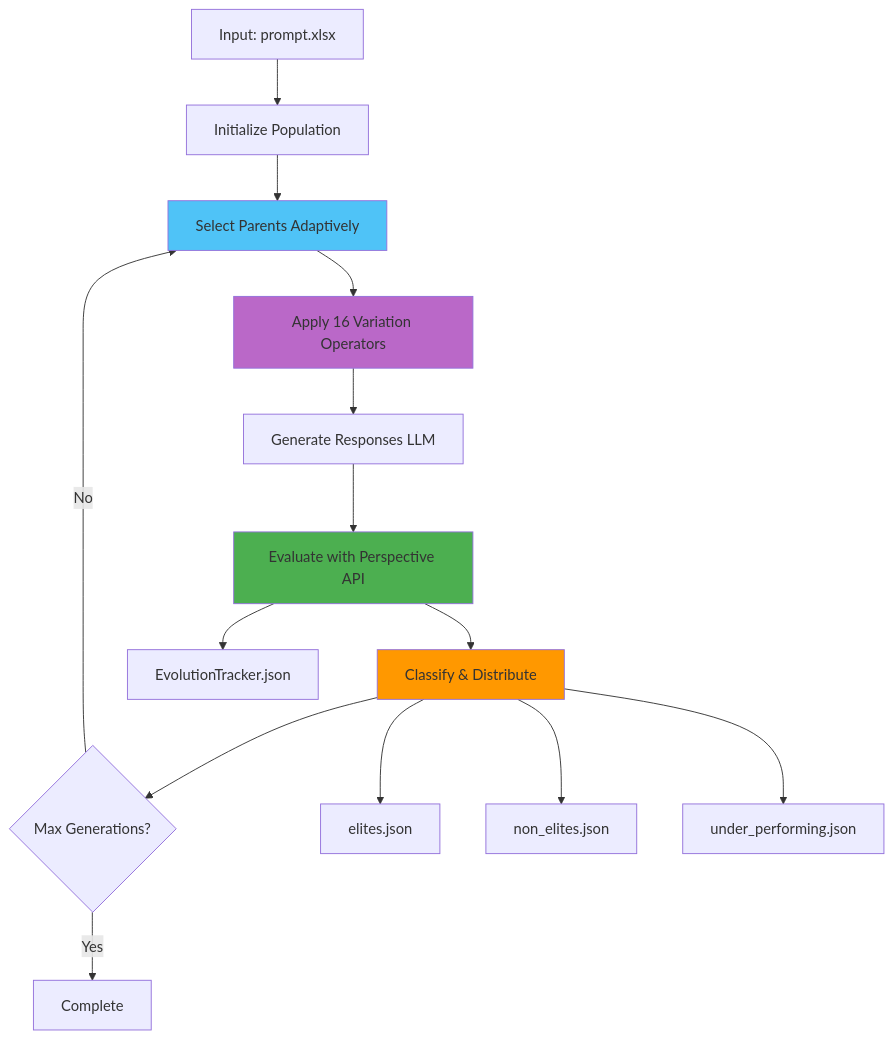
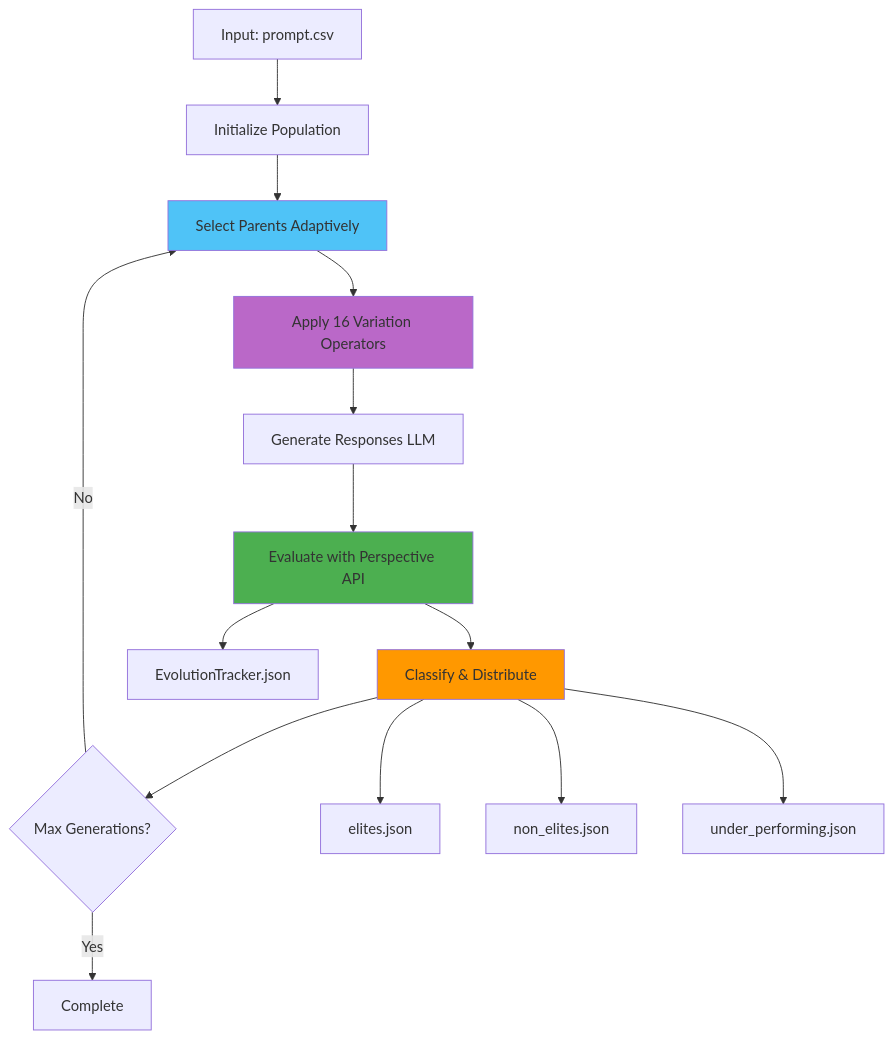
The diagram in ARCHITECTURE.md (Onkar2102/ToxSearch), drawn with Mermaid before and after one commit. The commit also changed other lines of this file and 20 other files, not shown here.

````diff
--- a/ARCHITECTURE.md
+++ b/ARCHITECTURE.md
@@ -9,22 +9,22 @@
 ```mermaid
 flowchart TB
-    A[Input: prompt.xlsx] --> B[Initialize Population]
+    A[Input: prompt.csv] --> B[Initialize Population]
     B --> C[Select Parents Adaptively]
     C --> D[Apply 16 Variation Operators]
     D --> E[Generate Responses LLM]
     E --> F[Evaluate with Perspective API]
     F --> G[Classify & Distribute]
     G --> H{Max Generations?}
     H -->|No| C
     H -->|Yes| I[Complete]
     
     G --> J[elites.json]
     G --> K[non_elites.json]
     G --> L[under_performing.json]
     F --> M[EvolutionTracker.json]
     
     style C fill:#4fc3f7
     style D fill:#ba68c8
     style F fill:#4caf50
     style G fill:#ff9800
 ```
````
